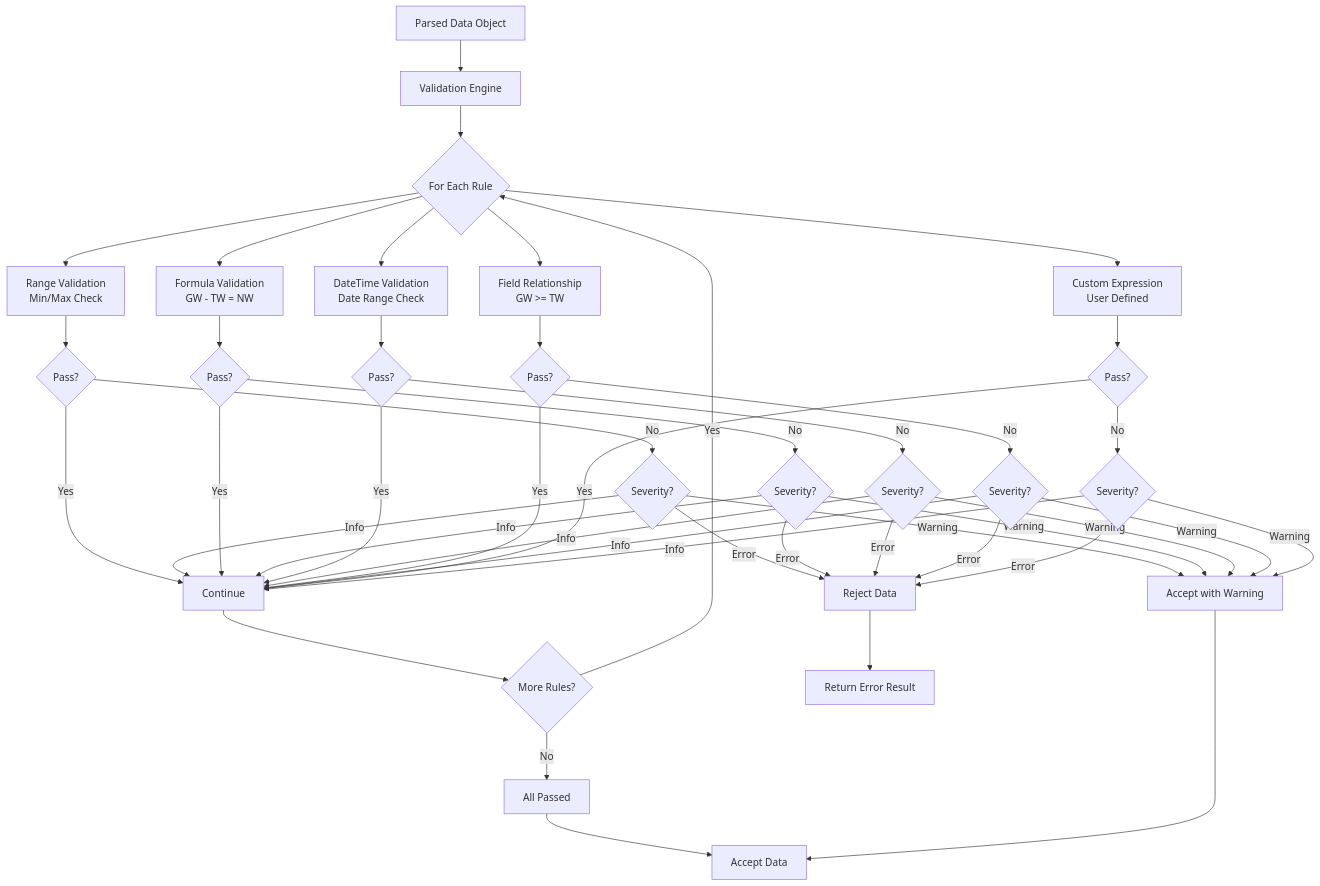
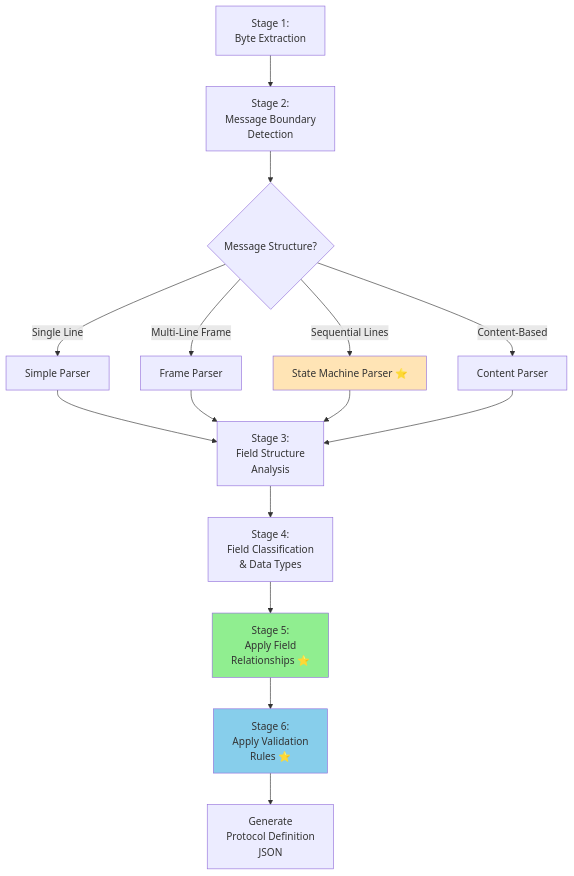
Before and after one commit to chumpon-asaneerat/NSerialCommTools: the fourth of 6 diagrams in Documents/ModernDesign/03-Parsing-Strategy-Analysis.md, drawn with Mermaid. The commit also changed other lines of this file, not shown here.

````diff
--- a/Documents/ModernDesign/03-Parsing-Strategy-Analysis.md
+++ b/Documents/ModernDesign/03-Parsing-Strategy-Analysis.md
@@ -975,56 +825,28 @@
 ```mermaid
 flowchart TD
-    A[Parsed Data Object] --> B[Validation Engine]
+    A[Stage 1:<br/>Byte Extraction] --> B[Stage 2:<br/>Message Boundary<br/>Detection]
 
-    B --> C{For Each Rule}
+    B --> C{Message Structure?}
 
-    C --> D1[Range Validation<br/>Min/Max Check]
-    C --> D2[Formula Validation<br/>GW - TW = NW]
-    C --> D3[DateTime Validation<br/>Date Range Check]
-    C --> D4[Field Relationship<br/>GW >= TW]
-    C --> D5[Custom Expression<br/>User Defined]
+    C -->|Single Line| D1[Simple Parser]
+    C -->|Multi-Line Frame| D2[Frame Parser]
+    C -->|Sequential Lines| D3[State Machine Parser ⭐]
+    C -->|Content-Based| D4[Content Parser]
 
-    D1 --> E1{Pass?}
-    D2 --> E2{Pass?}
-    D3 --> E3{Pass?}
-    D4 --> E4{Pass?}
-    D5 --> E5{Pass?}
+    D1 --> E[Stage 3:<br/>Field Structure<br/>Analysis]
+    D2 --> E
+    D3 --> E
+    D4 --> E
 
-    E1 -->|Yes| F[Continue]
-    E1 -->|No| G1{Severity?}
-    G1 -->|Error| H[Reject Data]
-    G1 -->|Warning| I[Accept with Warning]
-    G1 -->|Info| F
+    E --> F[Stage 4:<br/>Field Classification<br/>& Data Types]
 
-    E2 -->|Yes| F
-    E2 -->|No| G2{Severity?}
-    G2 -->|Error| H
-    G2 -->|Warning| I
-    G2 -->|Info| F
+    F --> G[Stage 5:<br/>Apply Field<br/>Relationships ⭐]
 
-    E3 -->|Yes| F
-    E3 -->|No| G3{Severity?}
-    G3 -->|Error| H
-    G3 -->|Warning| I
-    G3 -->|Info| F
+    G --> H[Stage 6:<br/>Apply Validation<br/>Rules ⭐]
 
-    E4 -->|Yes| F
-    E4 -->|No| G4{Severity?}
-    G4 -->|Error| H
-    G4 -->|Warning| I
-    G4 -->|Info| F
+    H --> I[Generate<br/>Protocol Definition<br/>JSON]
 
-    E5 -->|Yes| F
-    E5 -->|No| G5{Severity?}
-    G5 -->|Error| H
-    G5 -->|Warning| I
-    G5 -->|Info| F
-
-    F --> J{More Rules?}
-    J -->|Yes| C
-    J -->|No| K[All Passed]
-
-    K --> L[Accept Data]
-    I --> L
-    H --> M[Return Error Result]
+    style D3 fill:#FFE4B5
+    style G fill:#90EE90
+    style H fill:#87CEEB
 ```
````
